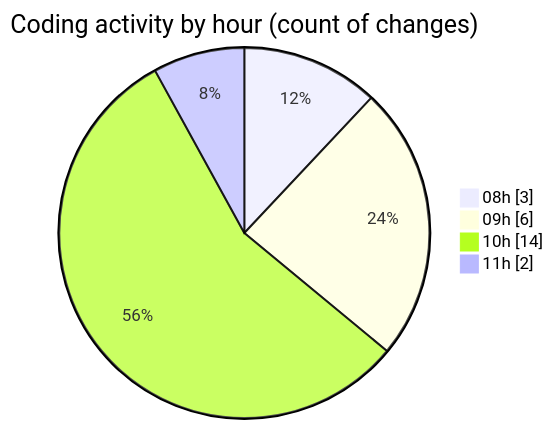
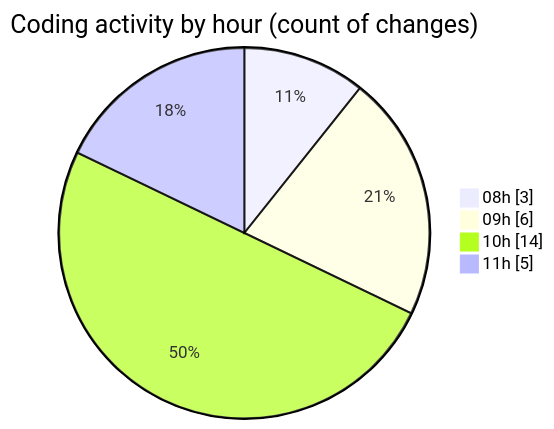
The second of 2 diagrams in 2025-04-01/jsvms/README.md (BS-eng2023/code-tracking), drawn with Mermaid before and after one commit. The commit also changed other lines of this file and 1 other file, not shown here.

````diff
--- a/2025-04-01/jsvms/README.md
+++ b/2025-04-01/jsvms/README.md
@@ -41,8 +42,8 @@
 ```mermaid
 pie showData
 title Coding activity by hour (count of changes)
 "08h" : 3
 "09h" : 6
 "10h" : 14
-"11h" : 2
+"11h" : 5
 ```
````
